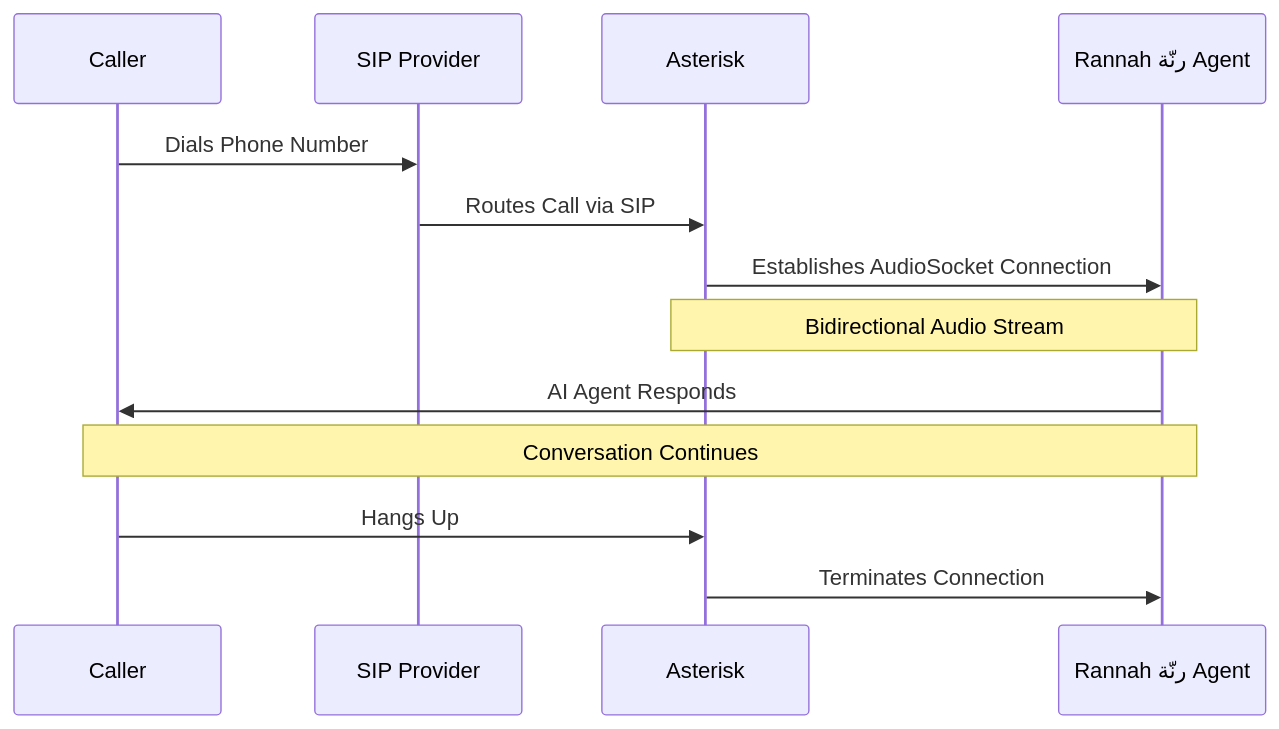
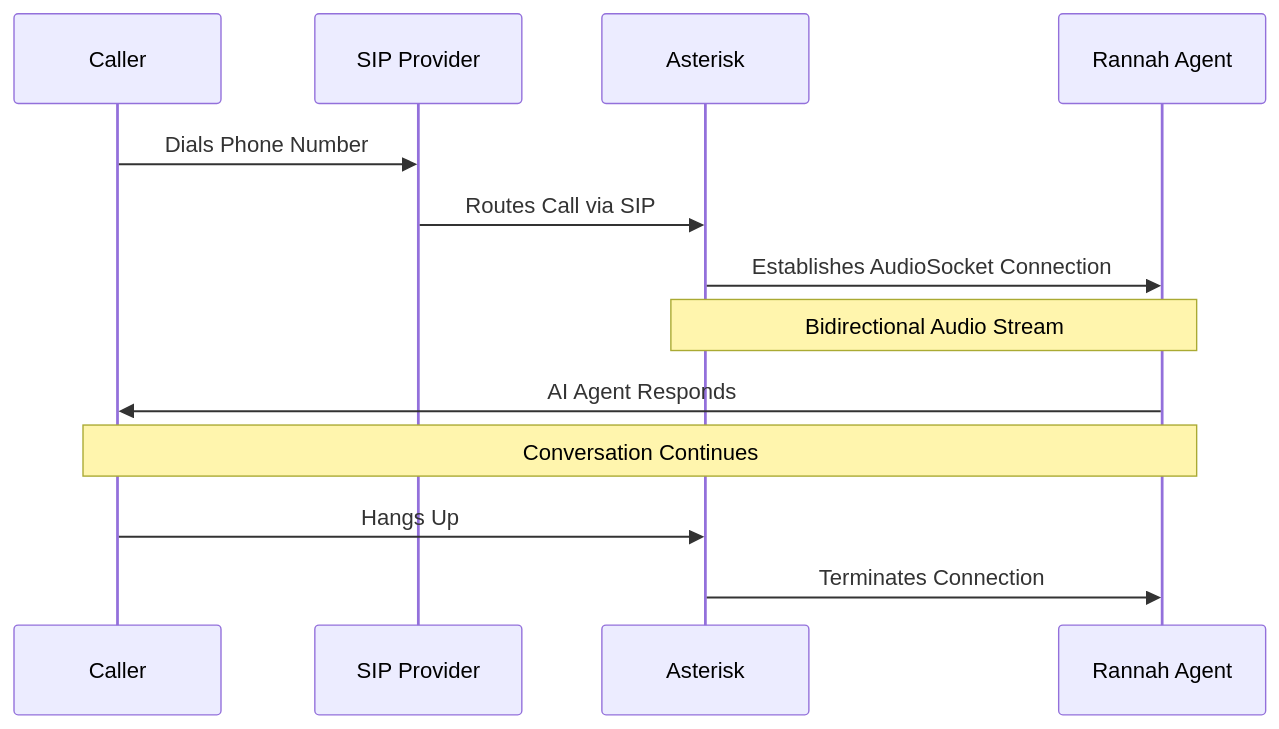
Before and after one commit to Moe03/rannah-docs: the diagram in voice/sip-trunking/introduction.mdx, drawn with Mermaid. The commit also changed other lines of this file and 22 other files, not shown here.

````diff
--- a/voice/sip-trunking/introduction.mdx
+++ b/voice/sip-trunking/introduction.mdx
@@ -47,16 +48,16 @@
 ```mermaid
 sequenceDiagram
     participant Caller
     participant SIP Provider
     participant Asterisk
-    participant Rannah رنّة Agent
+    participant Rannah Agent
     
     Caller->>SIP Provider: Dials Phone Number
     SIP Provider->>Asterisk: Routes Call via SIP
-    Asterisk->>Rannah رنّة Agent: Establishes AudioSocket Connection
-    Note over Asterisk,Rannah رنّة Agent: Bidirectional Audio Stream
-    Rannah رنّة Agent->>Caller: AI Agent Responds
-    Note over Caller,Rannah رنّة Agent: Conversation Continues
+    Asterisk->>Rannah Agent: Establishes AudioSocket Connection
+    Note over Asterisk,Rannah Agent: Bidirectional Audio Stream
+    Rannah Agent->>Caller: AI Agent Responds
+    Note over Caller,Rannah Agent: Conversation Continues
     Caller->>Asterisk: Hangs Up
-    Asterisk->>Rannah رنّة Agent: Terminates Connection
+    Asterisk->>Rannah Agent: Terminates Connection
 ```
````
